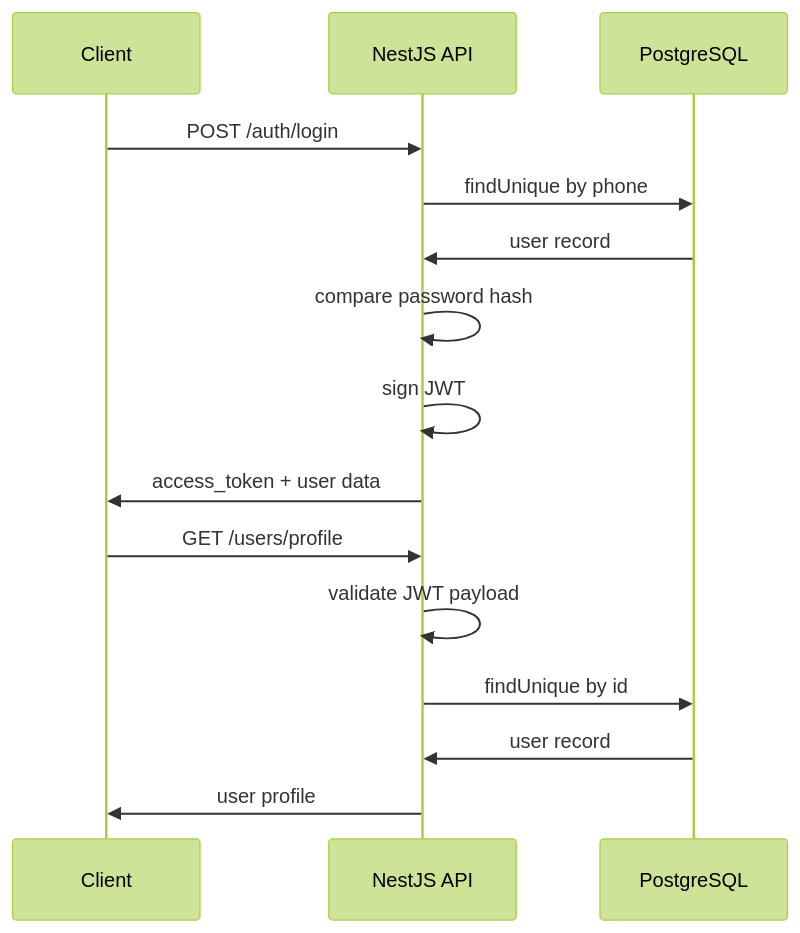
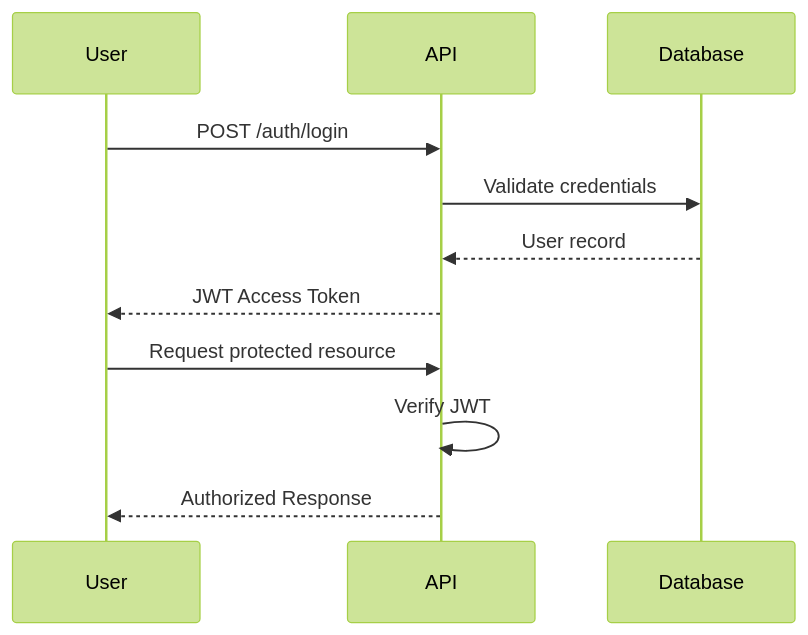
The fourth of 4 diagrams in README.md (finalSay9/Loan_system), drawn with Mermaid (forest theme) before and after one commit. The commit also changed other lines of this file, not shown here.

````diff
--- a/README.md
+++ b/README.md
@@ -224,19 +357,18 @@
 ```mermaid
 sequenceDiagram
-    participant C as Client
-    participant API as NestJS API
-    participant DB as PostgreSQL
 
-    C->>API: POST /auth/login
-    API->>DB: findUnique by phone
-    DB->>API: user record
-    API->>API: compare password hash
-    API->>API: sign JWT
-    API->>C: access_token + user data
+    participant User
+    participant API
+    participant Database
 
-    C->>API: GET /users/profile
-    API->>API: validate JWT payload
-    API->>DB: findUnique by id
-    DB->>API: user record
-    API->>C: user profile
+    User->>API: POST /auth/login
+    API->>Database: Validate credentials
+    Database-->>API: User record
+
+    API-->>User: JWT Access Token
+
+    User->>API: Request protected resource
+    API->>API: Verify JWT
+
+    API-->>User: Authorized Response
 ```
````
